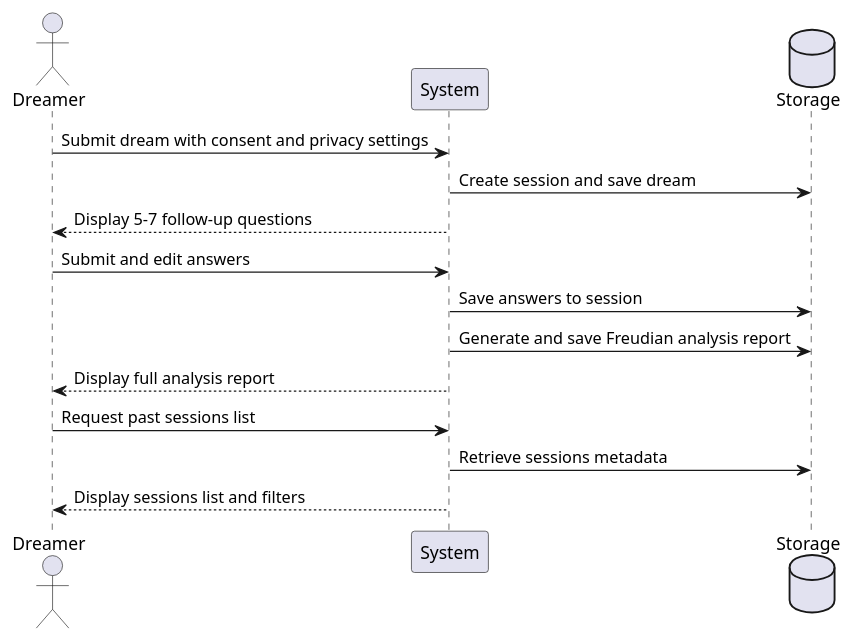
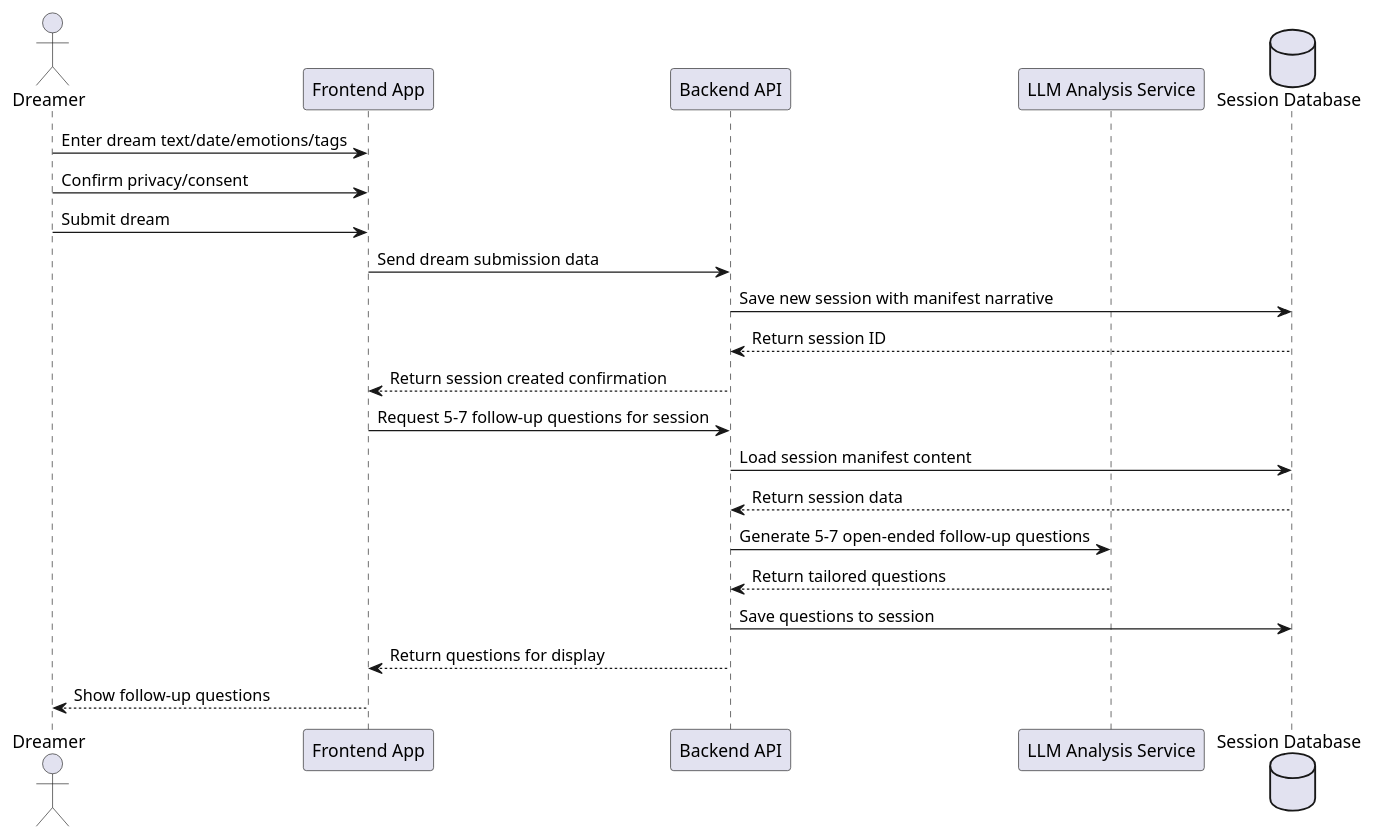
Before and after one commit to wenda-qi24/dts114CW: the diagram in artifacts/diagrams/sequence_diagram.puml, drawn with PlantUML. The commit also changed 9 other files, not shown here.

```diff
--- a/artifacts/diagrams/sequence_diagram.puml
+++ b/artifacts/diagrams/sequence_diagram.puml
@@ -1,16 +1,25 @@
 @startuml
-actor Dreamer
-participant "System" as System
-database Storage
+actor "Dreamer" as Dreamer
+participant "Frontend App" as FE
+participant "Backend API" as BE
+participant "LLM Analysis Service" as LLM
+database "Session Database" as DB
 
-Dreamer -> System: Submit dream with consent and privacy settings
-System -> Storage: Create session and save dream
-System --> Dreamer: Display 5-7 follow-up questions
-Dreamer -> System: Submit and edit answers
-System -> Storage: Save answers to session
-System -> Storage: Generate and save Freudian analysis report
-System --> Dreamer: Display full analysis report
-Dreamer -> System: Request past sessions list
-System -> Storage: Retrieve sessions metadata
-System --> Dreamer: Display sessions list and filters
+Dreamer -> FE: Enter dream text/date/emotions/tags
+Dreamer -> FE: Confirm privacy/consent
+Dreamer -> FE: Submit dream
+FE -> BE: Send dream submission data
+BE -> DB: Save new session with manifest narrative
+DB --> BE: Return session ID
+BE --> FE: Return session created confirmation
+
+FE -> BE: Request 5-7 follow-up questions for session
+BE -> DB: Load session manifest content
+DB --> BE: Return session data
+BE -> LLM: Generate 5-7 open-ended follow-up questions
+LLM --> BE: Return tailored questions
+BE -> DB: Save questions to session
+BE --> FE: Return questions for display
+FE --> Dreamer: Show follow-up questions
+
 @enduml
```
